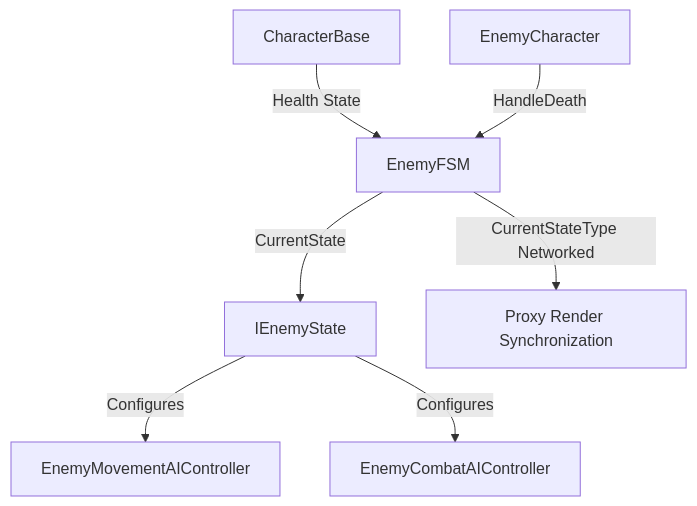
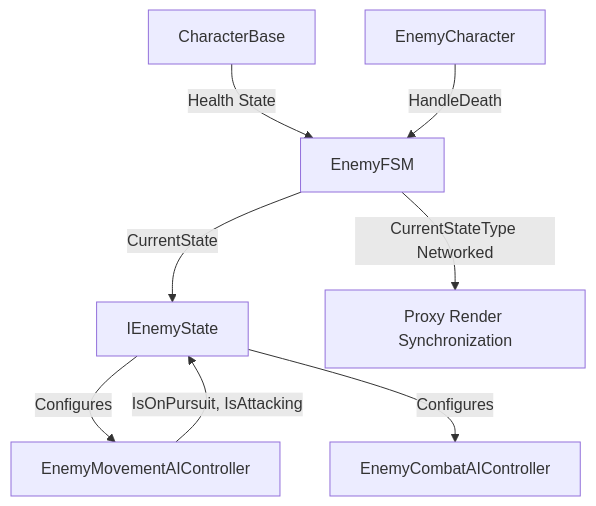
The first of 2 diagrams in Project Grimhold/Docs/Architecture/EnemyFSMArchitecture.md (Astro-Rift-Games/ProjectGrimhold), drawn with Mermaid before and after one commit. The commit also changed other lines of this file and 12 other files, not shown here.

````diff
--- a/Project Grimhold/Docs/Architecture/EnemyFSMArchitecture.md
+++ b/Project Grimhold/Docs/Architecture/EnemyFSMArchitecture.md
@@ -18,11 +18,12 @@
 ```mermaid
 graph TD
     CharacterBase[CharacterBase] -->|Health State| EnemyFSM
     EnemyFSM -->|CurrentState| IEnemyState
     EnemyFSM -->|CurrentStateType Networked| ProxySync[Proxy Render Synchronization]
-    
+
     IEnemyState -->|Configures| EnemyMovementAIController
     IEnemyState -->|Configures| EnemyCombatAIController
-    
+
+    EnemyMovementAIController -->|IsOnPursuit, IsAttacking| IEnemyState
     EnemyCharacter -->|HandleDeath| EnemyFSM
 ```
````
